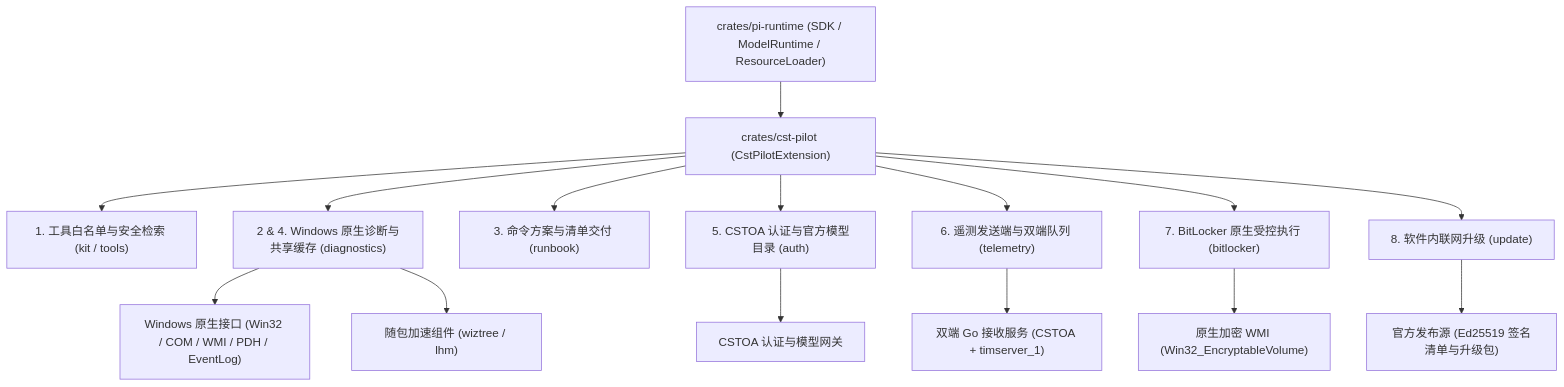
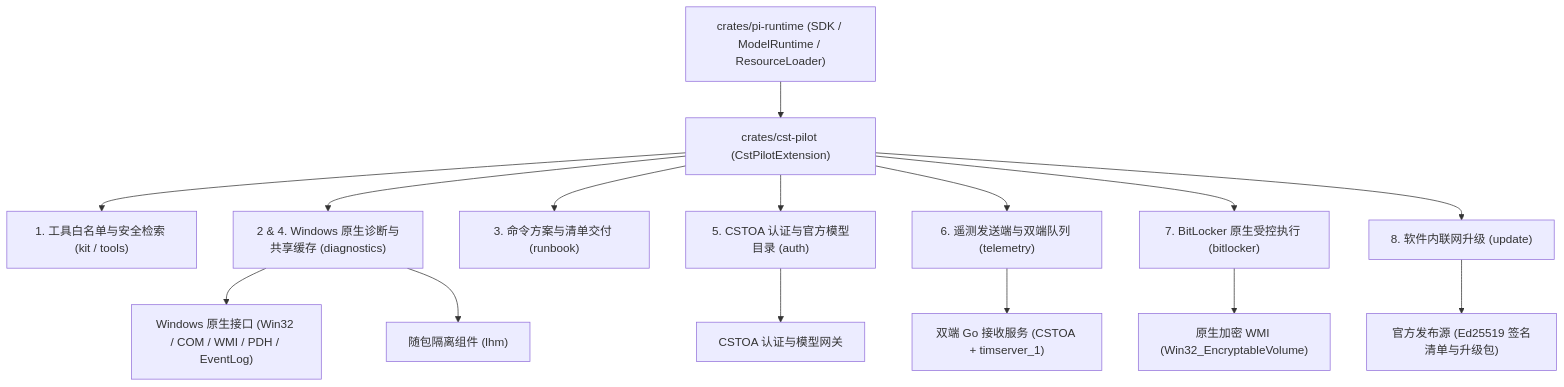
One commit to SCAU-Computer-Serving-Team/cst-pilot changed the first of 4 diagrams in doc/rust/plan/6.cst-pilot.md. Above: the diagram before and after it, drawn with Mermaid. The commit also changed other lines of this file and 44 other files, not shown here.

````diff
--- a/doc/rust/plan/6.cst-pilot.md
+++ b/doc/rust/plan/6.cst-pilot.md
@@ -9,17 +9,17 @@
 ```mermaid
 flowchart TD
     Runtime["crates/pi-runtime (SDK / ModelRuntime / ResourceLoader)"] --> Kit["crates/cst-pilot (CstPilotExtension)"]
     Kit --> Guard["1. 工具白名单与安全检索 (kit / tools)"]
     Kit --> Diag["2 & 4. Windows 原生诊断与共享缓存 (diagnostics)"]
     Kit --> Runbook["3. 命令方案与清单交付 (runbook)"]
     Kit --> Auth["5. CSTOA 认证与官方模型目录 (auth)"]
     Kit --> Tele["6. 遥测发送端与双端队列 (telemetry)"]
     Kit --> BitLocker["7. BitLocker 原生受控执行 (bitlocker)"]
     Kit --> Update["8. 软件内联网升级 (update)"]
     Diag --> WinAPI["Windows 原生接口 (Win32 / COM / WMI / PDH / EventLog)"]
-    Diag --> Bin["随包加速组件 (wiztree / lhm)"]
+    Diag --> Bin["随包隔离组件 (lhm)"]
     BitLocker --> WMI["原生加密 WMI (Win32_EncryptableVolume)"]
     Auth --> OA["CSTOA 认证与模型网关"]
     Tele --> Receivers["双端 Go 接收服务 (CSTOA + timserver_1)"]
     Update --> Release["官方发布源 (Ed25519 签名清单与升级包)"]
 ```
````
